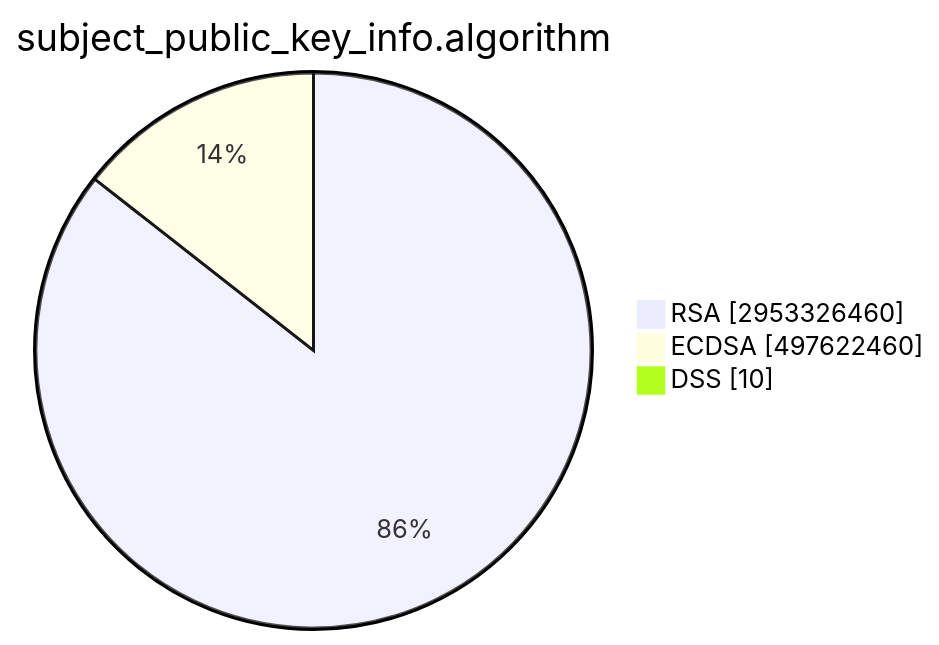
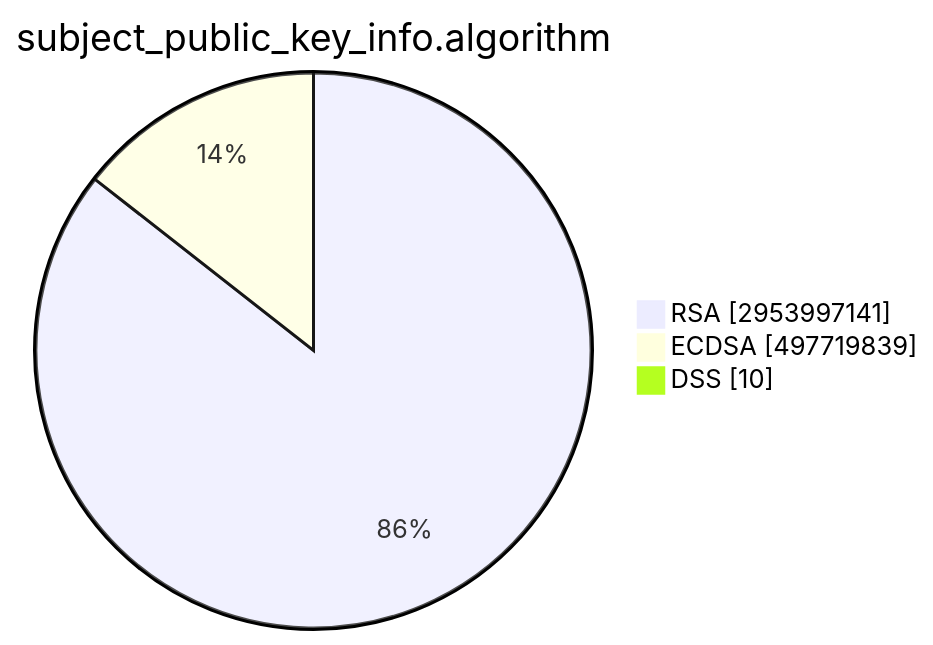
One commit to christiankrug/ctmonitor_visualization changed the second of 15 diagrams in TOTAL/README.md. Above: the diagram before and after it, drawn with Mermaid. The commit also changed other lines of this file, not shown here.

````diff
--- a/TOTAL/README.md
+++ b/TOTAL/README.md
@@ -6,7 +6,7 @@
 ```mermaid
 pie showData
 title subject_public_key_info.algorithm
-"RSA" :2953326460
-"ECDSA" :497622460
+"RSA" :2953997141
+"ECDSA" :497719839
 "DSS" :10
 ```
````
